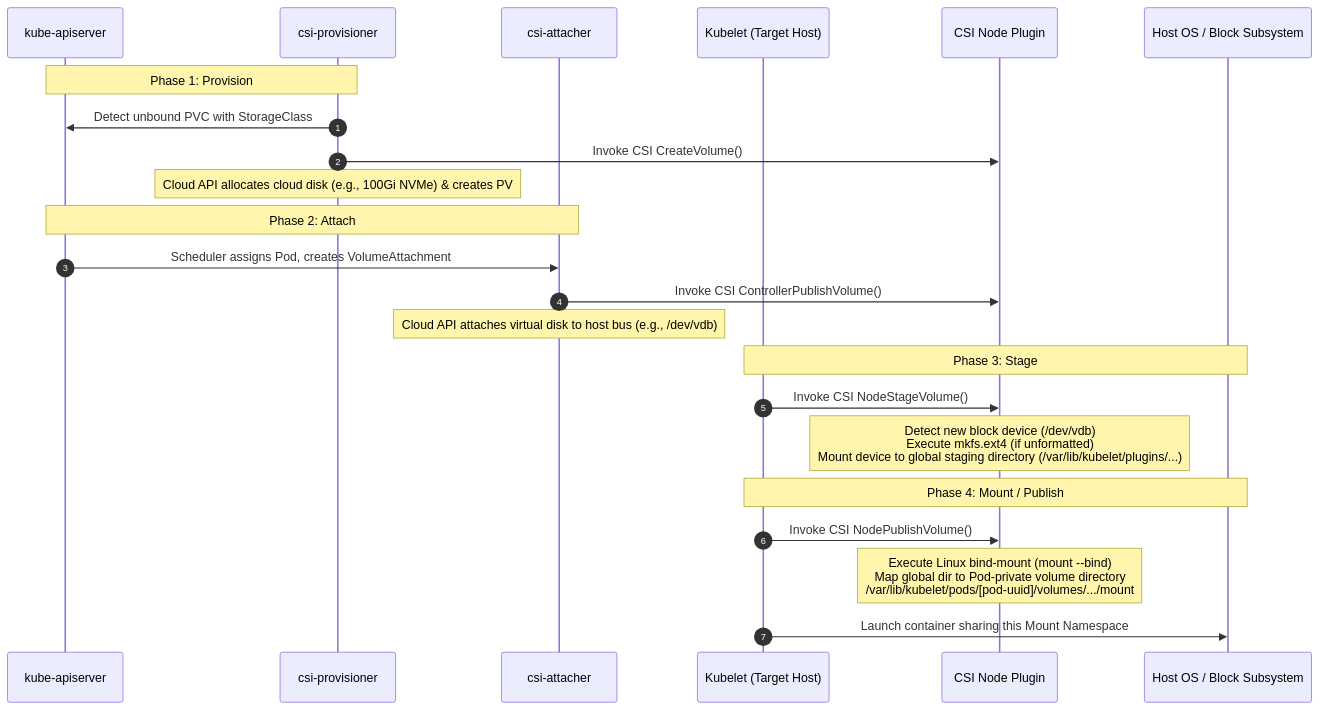
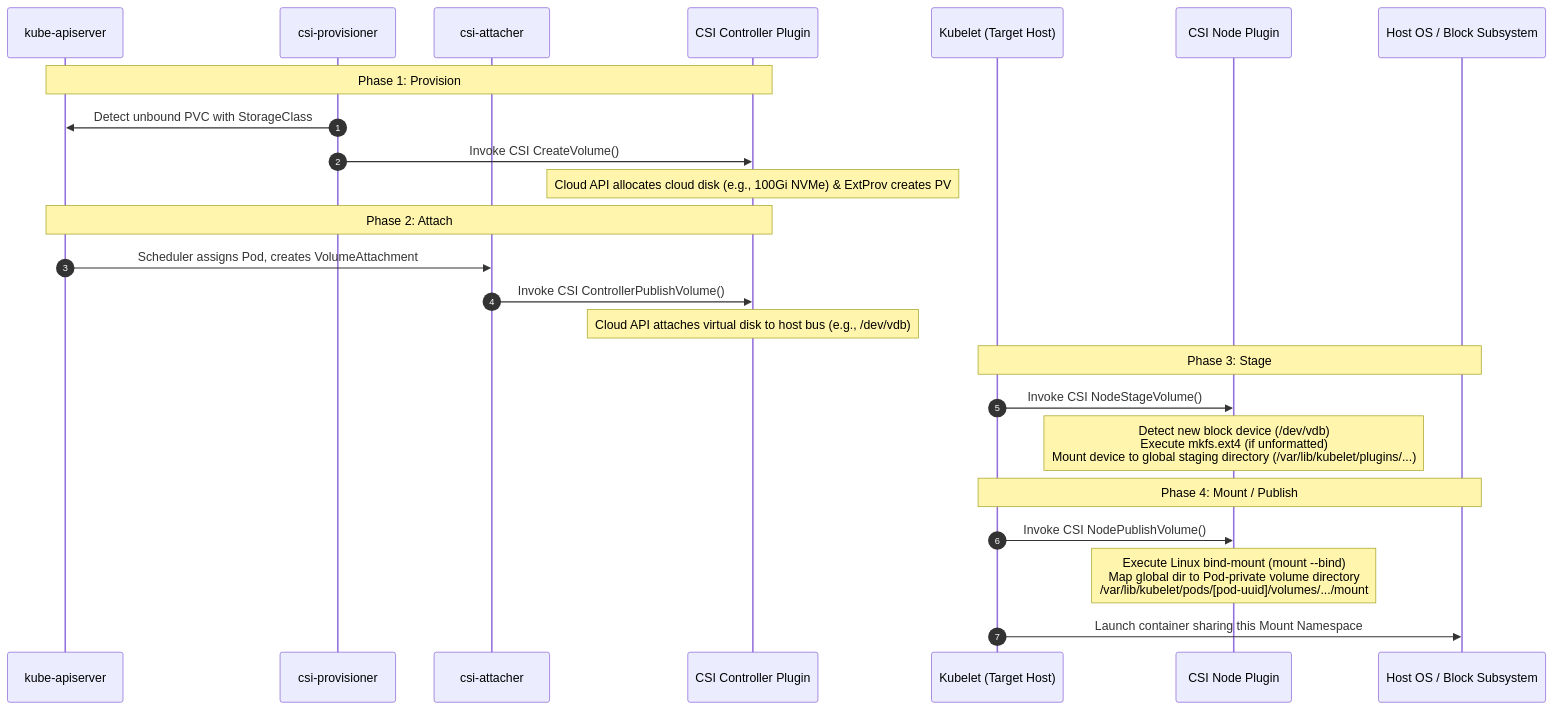
The second of 2 diagrams in content/en/articles/k8s-storage-csi-statefulset-deep-dive.en.md (ifnodoraemon/ifnodoraemon.github.io), drawn with Mermaid before and after one commit. The commit also changed 171 other files, not shown here.

````diff
--- a/content/en/articles/k8s-storage-csi-statefulset-deep-dive.en.md
+++ b/content/en/articles/k8s-storage-csi-statefulset-deep-dive.en.md
@@ -99,29 +99,30 @@
 ```mermaid
 sequenceDiagram
     autonumber
     participant APIServer as kube-apiserver
     participant ExtProv as csi-provisioner
     participant ExtAttach as csi-attacher
+    participant CSIController as CSI Controller Plugin
     participant Kubelet as Kubelet (Target Host)
     participant CSINode as CSI Node Plugin
     participant Kernel as Host OS / Block Subsystem
 
-    Note over APIServer,ExtProv: Phase 1: Provision
+    Note over APIServer,CSIController: Phase 1: Provision
     ExtProv->>APIServer: Detect unbound PVC with StorageClass
-    ExtProv->>CSINode: Invoke CSI CreateVolume()
-    Note over ExtProv: Cloud API allocates cloud disk (e.g., 100Gi NVMe) & creates PV
+    ExtProv->>CSIController: Invoke CSI CreateVolume()
+    Note over CSIController: Cloud API allocates cloud disk (e.g., 100Gi NVMe) & ExtProv creates PV
 
-    Note over APIServer,ExtAttach: Phase 2: Attach
+    Note over APIServer,CSIController: Phase 2: Attach
     APIServer->>ExtAttach: Scheduler assigns Pod, creates VolumeAttachment
-    ExtAttach->>CSINode: Invoke CSI ControllerPublishVolume()
-    Note over ExtAttach: Cloud API attaches virtual disk to host bus (e.g., /dev/vdb)
+    ExtAttach->>CSIController: Invoke CSI ControllerPublishVolume()
+    Note over CSIController: Cloud API attaches virtual disk to host bus (e.g., /dev/vdb)
 
     Note over Kubelet,Kernel: Phase 3: Stage
     Kubelet->>CSINode: Invoke CSI NodeStageVolume()
     Note over CSINode: Detect new block device (/dev/vdb)<br/>Execute mkfs.ext4 (if unformatted)<br/>Mount device to global staging directory (/var/lib/kubelet/plugins/...)
 
     Note over Kubelet,Kernel: Phase 4: Mount / Publish
     Kubelet->>CSINode: Invoke CSI NodePublishVolume()
     Note over CSINode: Execute Linux bind-mount (mount --bind)<br/>Map global dir to Pod-private volume directory<br/>/var/lib/kubelet/pods/[pod-uuid]/volumes/.../mount
     Kubelet->>Kernel: Launch container sharing this Mount Namespace
 ```
````
